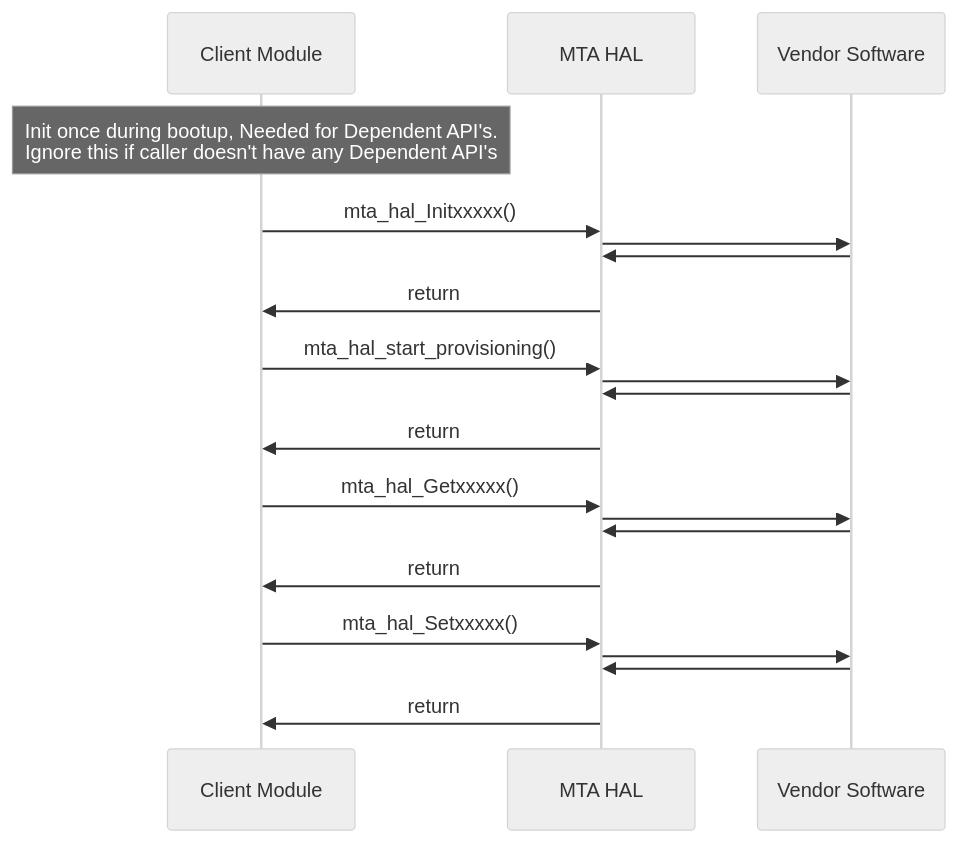
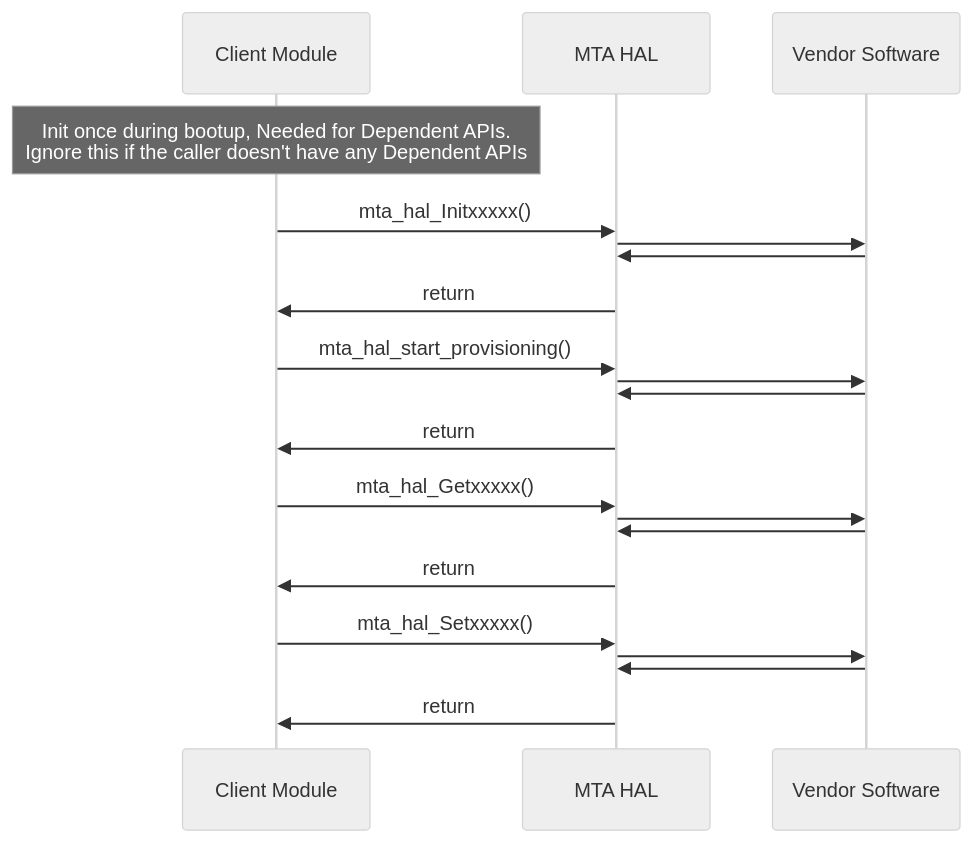
One commit to rdkcentral/rdkb-halif-mta changed the diagram in docs/pages/MTAhalSpec.md. Above: the diagram before and after it, drawn with Mermaid (neutral theme). The commit also changed other lines of this file, not shown here.

````diff
--- a/docs/pages/MTAhalSpec.md
+++ b/docs/pages/MTAhalSpec.md
@@ -131,26 +129,26 @@
 ```mermaid
 sequenceDiagram
 participant Client Module
 participant MTA HAL
 participant Vendor Software
-Note over Client Module: Init once during bootup, Needed for Dependent API's. <br> Ignore this if caller doesn't have any Dependent API's
+Note over Client Module: Init once during bootup, Needed for Dependent APIs. <br> Ignore this if the caller doesn't have any Dependent APIs
 Client Module->>MTA HAL: mta_hal_Initxxxxx()
 MTA HAL->>Vendor Software: 
 Vendor Software->>MTA HAL: 
 MTA HAL->>Client Module: return
 
 Client Module->>MTA HAL: mta_hal_start_provisioning()
 MTA HAL->>Vendor Software: 
 Vendor Software->>MTA HAL: 
 MTA HAL->>Client Module: return
 
 Client Module->>MTA HAL: mta_hal_Getxxxxx()
 MTA HAL->>Vendor Software: 
 Vendor Software->>MTA HAL: 
 MTA HAL->>Client Module: return
 
 Client Module->>MTA HAL: mta_hal_Setxxxxx()
 MTA HAL->>Vendor Software: 
 Vendor Software->>MTA HAL: 
 MTA HAL->>Client Module: return
 ```
````
